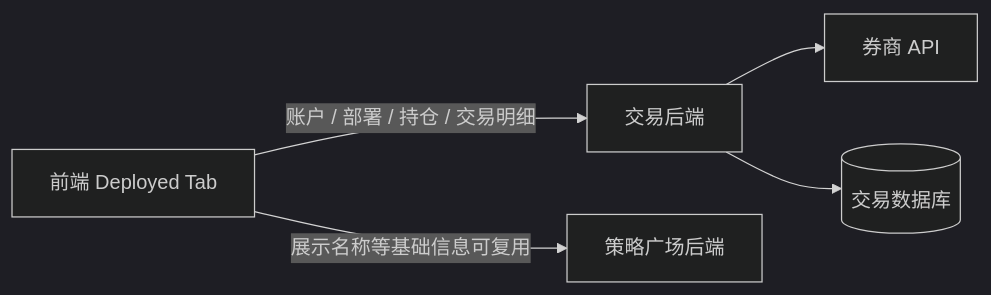
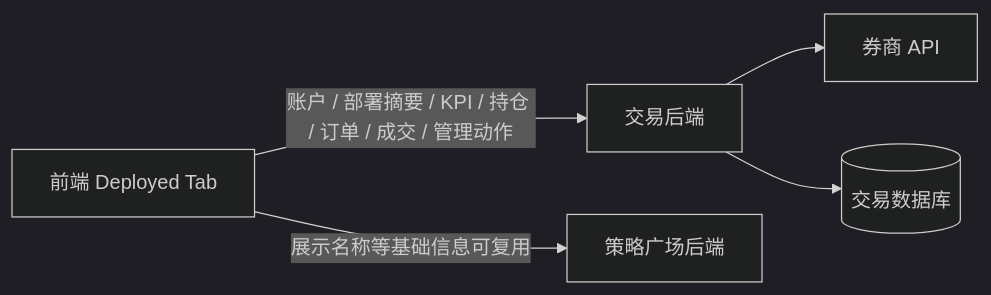
Before and after one commit to hongqnet/quantitative-strategy: the tenth of 10 diagrams in doc/strategy-marketplace-phase1-technical-architecture.md, drawn with Mermaid (dark theme). The commit also changed other lines of this file and 3 other files, not shown here.

````diff
--- a/doc/strategy-marketplace-phase1-technical-architecture.md
+++ b/doc/strategy-marketplace-phase1-technical-architecture.md
@@ -610,7 +633,7 @@
 ```mermaid
 flowchart LR
-    FE[前端 Deployed Tab] -->|账户 / 部署 / 持仓 / 交易明细| TRD[交易后端]
+    FE[前端 Deployed Tab] -->|账户 / 部署摘要 / KPI / 持仓 / 订单 / 成交 / 管理动作| TRD[交易后端]
     TRD --> BROKER[券商 API]
     TRD --> TRDDB[(交易数据库)]
     FE -->|展示名称等基础信息可复用| MKT[策略广场后端]
 ```
````
